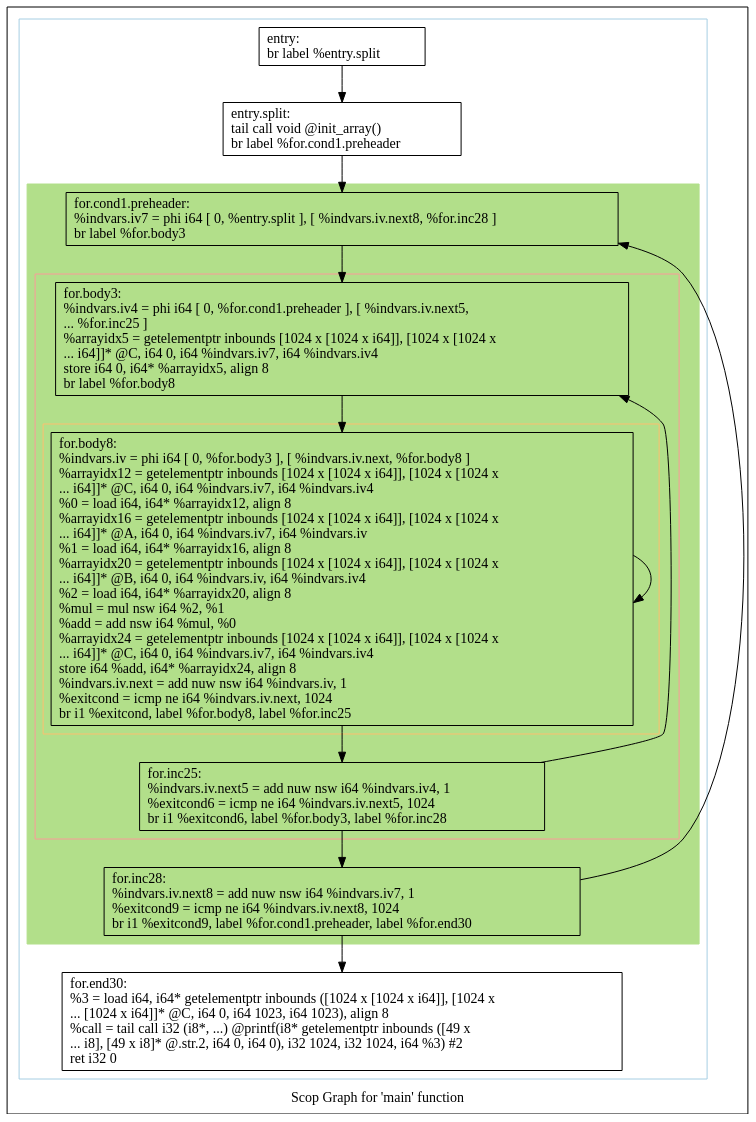
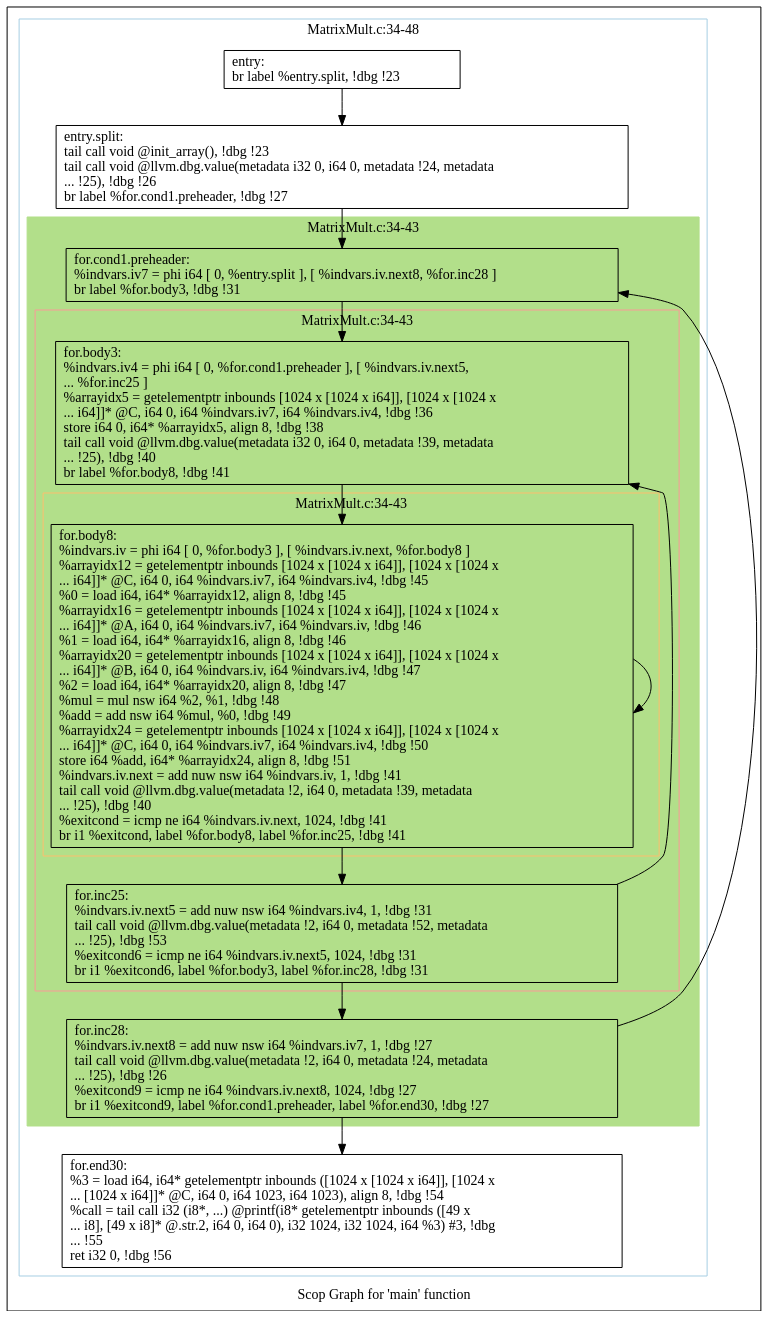
The diagram in polly/MatrixMult/impl/handwritten/dot/scops.main.dot (samminweng/WhileyOpenCL), drawn with Graphviz before and after one commit. The commit also changed 63 other files, not shown here.

```diff
--- a/polly/MatrixMult/impl/handwritten/dot/scops.main.dot
+++ b/polly/MatrixMult/impl/handwritten/dot/scops.main.dot
@@ -1,50 +1,54 @@
 digraph "Scop Graph for 'main' function" {
 	label="Scop Graph for 'main' function";
 
-	Node0x551cb30 [shape=record,label="{entry:\l  br label %entry.split\l}"];
-	Node0x551cb30 -> Node0x552d470;
-	Node0x552d470 [shape=record,label="{entry.split:                                      \l  tail call void @init_array()\l  br label %for.cond1.preheader\l}"];
-	Node0x552d470 -> Node0x552ccc0;
-	Node0x552ccc0 [shape=record,label="{for.cond1.preheader:                              \l  %indvars.iv7 = phi i64 [ 0, %entry.split ], [ %indvars.iv.next8, %for.inc28 ]\l  br label %for.body3\l}"];
-	Node0x552ccc0 -> Node0x552c7f0;
-	Node0x552c7f0 [shape=record,label="{for.body3:                                        \l  %indvars.iv4 = phi i64 [ 0, %for.cond1.preheader ], [ %indvars.iv.next5,\l... %for.inc25 ]\l  %arrayidx5 = getelementptr inbounds [1024 x [1024 x i64]], [1024 x [1024 x\l... i64]]* @C, i64 0, i64 %indvars.iv7, i64 %indvars.iv4\l  store i64 0, i64* %arrayidx5, align 8\l  br label %for.body8\l}"];
-	Node0x552c7f0 -> Node0x551cfa0;
-	Node0x551cfa0 [shape=record,label="{for.body8:                                        \l  %indvars.iv = phi i64 [ 0, %for.body3 ], [ %indvars.iv.next, %for.body8 ]\l  %arrayidx12 = getelementptr inbounds [1024 x [1024 x i64]], [1024 x [1024 x\l... i64]]* @C, i64 0, i64 %indvars.iv7, i64 %indvars.iv4\l  %0 = load i64, i64* %arrayidx12, align 8\l  %arrayidx16 = getelementptr inbounds [1024 x [1024 x i64]], [1024 x [1024 x\l... i64]]* @A, i64 0, i64 %indvars.iv7, i64 %indvars.iv\l  %1 = load i64, i64* %arrayidx16, align 8\l  %arrayidx20 = getelementptr inbounds [1024 x [1024 x i64]], [1024 x [1024 x\l... i64]]* @B, i64 0, i64 %indvars.iv, i64 %indvars.iv4\l  %2 = load i64, i64* %arrayidx20, align 8\l  %mul = mul nsw i64 %2, %1\l  %add = add nsw i64 %mul, %0\l  %arrayidx24 = getelementptr inbounds [1024 x [1024 x i64]], [1024 x [1024 x\l... i64]]* @C, i64 0, i64 %indvars.iv7, i64 %indvars.iv4\l  store i64 %add, i64* %arrayidx24, align 8\l  %indvars.iv.next = add nuw nsw i64 %indvars.iv, 1\l  %exitcond = icmp ne i64 %indvars.iv.next, 1024\l  br i1 %exitcond, label %for.body8, label %for.inc25\l}"];
-	Node0x551cfa0 -> Node0x551cfa0[constraint=false];
-	Node0x551cfa0 -> Node0x552c860;
-	Node0x552c860 [shape=record,label="{for.inc25:                                        \l  %indvars.iv.next5 = add nuw nsw i64 %indvars.iv4, 1\l  %exitcond6 = icmp ne i64 %indvars.iv.next5, 1024\l  br i1 %exitcond6, label %for.body3, label %for.inc28\l}"];
-	Node0x552c860 -> Node0x552c7f0[constraint=false];
-	Node0x552c860 -> Node0x552c8c0;
-	Node0x552c8c0 [shape=record,label="{for.inc28:                                        \l  %indvars.iv.next8 = add nuw nsw i64 %indvars.iv7, 1\l  %exitcond9 = icmp ne i64 %indvars.iv.next8, 1024\l  br i1 %exitcond9, label %for.cond1.preheader, label %for.end30\l}"];
-	Node0x552c8c0 -> Node0x552ccc0[constraint=false];
-	Node0x552c8c0 -> Node0x5531570;
-	Node0x5531570 [shape=record,label="{for.end30:                                        \l  %3 = load i64, i64* getelementptr inbounds ([1024 x [1024 x i64]], [1024 x\l... [1024 x i64]]* @C, i64 0, i64 1023, i64 1023), align 8\l  %call = tail call i32 (i8*, ...) @printf(i8* getelementptr inbounds ([49 x\l... i8], [49 x i8]* @.str.2, i64 0, i64 0), i32 1024, i32 1024, i64 %3) #2\l  ret i32 0\l}"];
+	Node0x5de6b00 [shape=record,label="{entry:\l  br label %entry.split, !dbg !23\l}"];
+	Node0x5de6b00 -> Node0x5dd6910;
+	Node0x5dd6910 [shape=record,label="{entry.split:                                      \l  tail call void @init_array(), !dbg !23\l  tail call void @llvm.dbg.value(metadata i32 0, i64 0, metadata !24, metadata\l... !25), !dbg !26\l  br label %for.cond1.preheader, !dbg !27\l}"];
+	Node0x5dd6910 -> Node0x5dddd20;
+	Node0x5dddd20 [shape=record,label="{for.cond1.preheader:                              \l  %indvars.iv7 = phi i64 [ 0, %entry.split ], [ %indvars.iv.next8, %for.inc28 ]\l  br label %for.body3, !dbg !31\l}"];
+	Node0x5dddd20 -> Node0x5de04d0;
+	Node0x5de04d0 [shape=record,label="{for.body3:                                        \l  %indvars.iv4 = phi i64 [ 0, %for.cond1.preheader ], [ %indvars.iv.next5,\l... %for.inc25 ]\l  %arrayidx5 = getelementptr inbounds [1024 x [1024 x i64]], [1024 x [1024 x\l... i64]]* @C, i64 0, i64 %indvars.iv7, i64 %indvars.iv4, !dbg !36\l  store i64 0, i64* %arrayidx5, align 8, !dbg !38\l  tail call void @llvm.dbg.value(metadata i32 0, i64 0, metadata !39, metadata\l... !25), !dbg !40\l  br label %for.body8, !dbg !41\l}"];
+	Node0x5de04d0 -> Node0x5dde3d0;
+	Node0x5dde3d0 [shape=record,label="{for.body8:                                        \l  %indvars.iv = phi i64 [ 0, %for.body3 ], [ %indvars.iv.next, %for.body8 ]\l  %arrayidx12 = getelementptr inbounds [1024 x [1024 x i64]], [1024 x [1024 x\l... i64]]* @C, i64 0, i64 %indvars.iv7, i64 %indvars.iv4, !dbg !45\l  %0 = load i64, i64* %arrayidx12, align 8, !dbg !45\l  %arrayidx16 = getelementptr inbounds [1024 x [1024 x i64]], [1024 x [1024 x\l... i64]]* @A, i64 0, i64 %indvars.iv7, i64 %indvars.iv, !dbg !46\l  %1 = load i64, i64* %arrayidx16, align 8, !dbg !46\l  %arrayidx20 = getelementptr inbounds [1024 x [1024 x i64]], [1024 x [1024 x\l... i64]]* @B, i64 0, i64 %indvars.iv, i64 %indvars.iv4, !dbg !47\l  %2 = load i64, i64* %arrayidx20, align 8, !dbg !47\l  %mul = mul nsw i64 %2, %1, !dbg !48\l  %add = add nsw i64 %mul, %0, !dbg !49\l  %arrayidx24 = getelementptr inbounds [1024 x [1024 x i64]], [1024 x [1024 x\l... i64]]* @C, i64 0, i64 %indvars.iv7, i64 %indvars.iv4, !dbg !50\l  store i64 %add, i64* %arrayidx24, align 8, !dbg !51\l  %indvars.iv.next = add nuw nsw i64 %indvars.iv, 1, !dbg !41\l  tail call void @llvm.dbg.value(metadata !2, i64 0, metadata !39, metadata\l... !25), !dbg !40\l  %exitcond = icmp ne i64 %indvars.iv.next, 1024, !dbg !41\l  br i1 %exitcond, label %for.body8, label %for.inc25, !dbg !41\l}"];
+	Node0x5dde3d0 -> Node0x5dde3d0[constraint=false];
+	Node0x5dde3d0 -> Node0x5dd7580;
+	Node0x5dd7580 [shape=record,label="{for.inc25:                                        \l  %indvars.iv.next5 = add nuw nsw i64 %indvars.iv4, 1, !dbg !31\l  tail call void @llvm.dbg.value(metadata !2, i64 0, metadata !52, metadata\l... !25), !dbg !53\l  %exitcond6 = icmp ne i64 %indvars.iv.next5, 1024, !dbg !31\l  br i1 %exitcond6, label %for.body3, label %for.inc28, !dbg !31\l}"];
+	Node0x5dd7580 -> Node0x5de04d0[constraint=false];
+	Node0x5dd7580 -> Node0x5dde4d0;
+	Node0x5dde4d0 [shape=record,label="{for.inc28:                                        \l  %indvars.iv.next8 = add nuw nsw i64 %indvars.iv7, 1, !dbg !27\l  tail call void @llvm.dbg.value(metadata !2, i64 0, metadata !24, metadata\l... !25), !dbg !26\l  %exitcond9 = icmp ne i64 %indvars.iv.next8, 1024, !dbg !27\l  br i1 %exitcond9, label %for.cond1.preheader, label %for.end30, !dbg !27\l}"];
+	Node0x5dde4d0 -> Node0x5dddd20[constraint=false];
+	Node0x5dde4d0 -> Node0x5de6520;
+	Node0x5de6520 [shape=record,label="{for.end30:                                        \l  %3 = load i64, i64* getelementptr inbounds ([1024 x [1024 x i64]], [1024 x\l... [1024 x i64]]* @C, i64 0, i64 1023, i64 1023), align 8, !dbg !54\l  %call = tail call i32 (i8*, ...) @printf(i8* getelementptr inbounds ([49 x\l... i8], [49 x i8]* @.str.2, i64 0, i64 0), i32 1024, i32 1024, i64 %3) #3, !dbg\l... !55\l  ret i32 0, !dbg !56\l}"];
 	colorscheme = "paired12"
-        subgraph cluster_0x552f640 {
-          label = "";
+        subgraph cluster_0x5dce560 {
+          label = "MatrixMult.c:34-48
+";
           style = solid;
           color = 1
-          subgraph cluster_0x551d030 {
-            label = "";
+          subgraph cluster_0x5ddf750 {
+            label = "MatrixMult.c:34-43
+";
             style = filled;
-            color = 3            subgraph cluster_0x552f6c0 {
-              label = "";
+            color = 3            subgraph cluster_0x5dce5e0 {
+              label = "MatrixMult.c:34-43
+";
               style = solid;
               color = 5
-              subgraph cluster_0x551cba0 {
-                label = "";
+              subgraph cluster_0x5dd7480 {
+                label = "MatrixMult.c:34-43
+";
                 style = solid;
                 color = 7
-                Node0x551cfa0;
+                Node0x5dde3d0;
               }
-              Node0x552c7f0;
-              Node0x552c860;
+              Node0x5de04d0;
+              Node0x5dd7580;
             }
-            Node0x552ccc0;
-            Node0x552c8c0;
+            Node0x5dddd20;
+            Node0x5dde4d0;
           }
-          Node0x551cb30;
-          Node0x552d470;
-          Node0x5531570;
+          Node0x5de6b00;
+          Node0x5dd6910;
+          Node0x5de6520;
         }
 }
```
